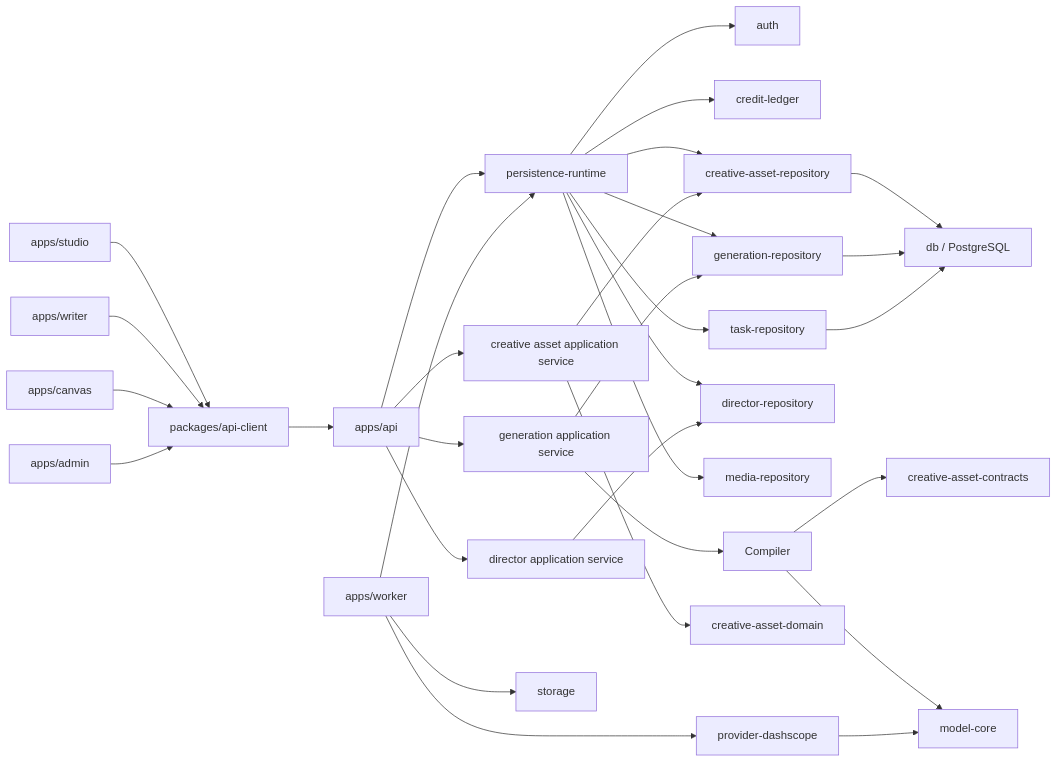
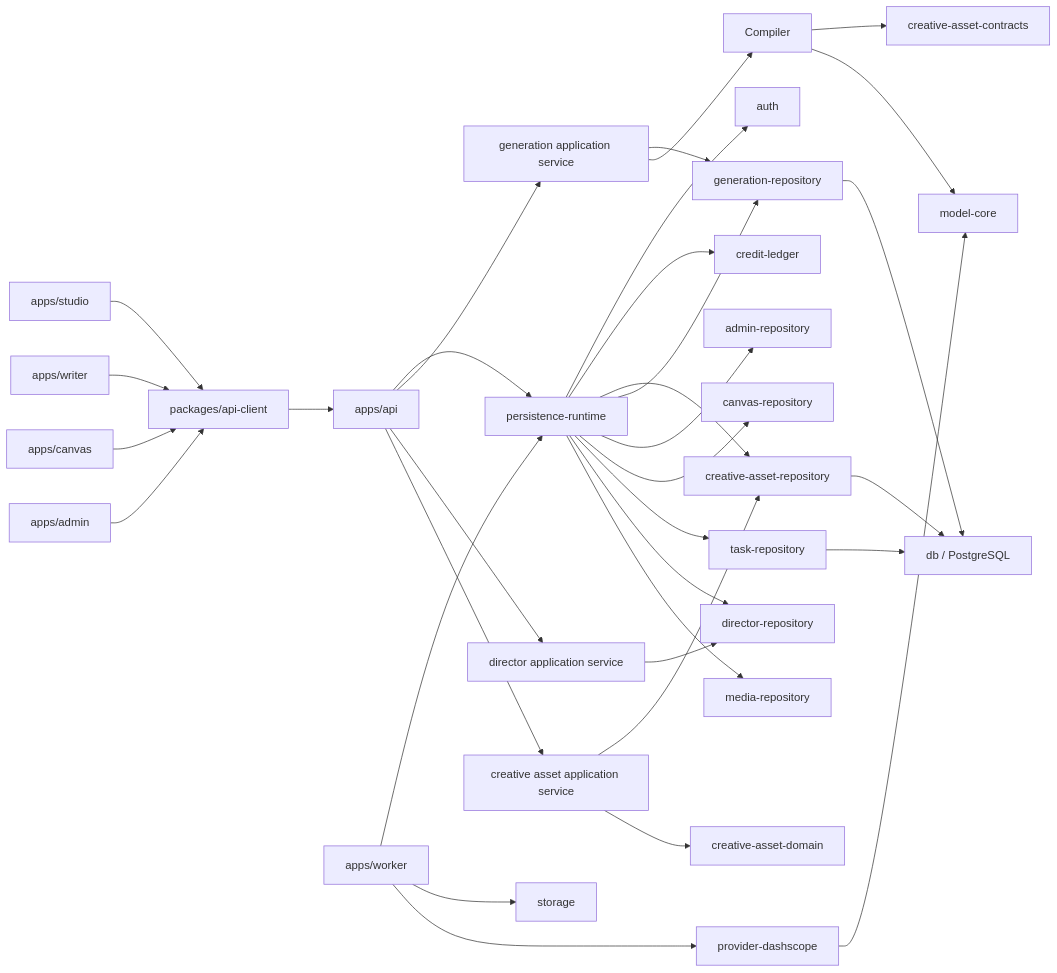
Before and after one commit to puzzle-fuzzy/bl-studio: the diagram in docs/architecture/creative-asset-platform.md, drawn with Mermaid. The commit also changed other lines of this file and 907 other files, not shown here.

Commit message:
feat: isolate admin repository and persist canvas documents

````diff
--- a/docs/architecture/creative-asset-platform.md
+++ b/docs/architecture/creative-asset-platform.md
@@ -34,34 +34,36 @@
 ```mermaid
 flowchart LR
   Studio["apps/studio"] --> Client["packages/api-client"]
   Writer["apps/writer"] --> Client
   Canvas["apps/canvas"] --> Client
   Admin["apps/admin"] --> Client
   Client --> API["apps/api"]
 
   API --> Persistence["persistence-runtime"]
   Worker["apps/worker"] --> Persistence
   Persistence --> Auth["auth"]
   Persistence --> Credit["credit-ledger"]
   Persistence --> AssetRepo["creative-asset-repository"]
   Persistence --> GenerationRepo["generation-repository"]
+  Persistence --> AdminRepo["admin-repository"]
+  Persistence --> CanvasRepo["canvas-repository"]
   Persistence --> TaskRepo["task-repository"]
   Persistence --> DirectorRepo["director-repository"]
   Persistence --> MediaRepo["media-repository"]
   API --> GenerationService["generation application service"]
   GenerationService --> GenerationRepo
   GenerationService --> Compiler
   API --> DirectorService["director application service"]
   DirectorService --> DirectorRepo
   API --> AssetService["creative asset application service"]
   AssetService --> AssetRepo
   AssetService --> AssetDomain["creative-asset-domain"]
   Compiler --> Contracts["creative-asset-contracts"]
   Compiler --> ModelCore["model-core"]
   Worker --> Storage["storage"]
   Worker --> Provider["provider-dashscope"]
   Provider --> ModelCore
   AssetRepo --> DB["db / PostgreSQL"]
   GenerationRepo --> DB
   TaskRepo --> DB
 ```
````
